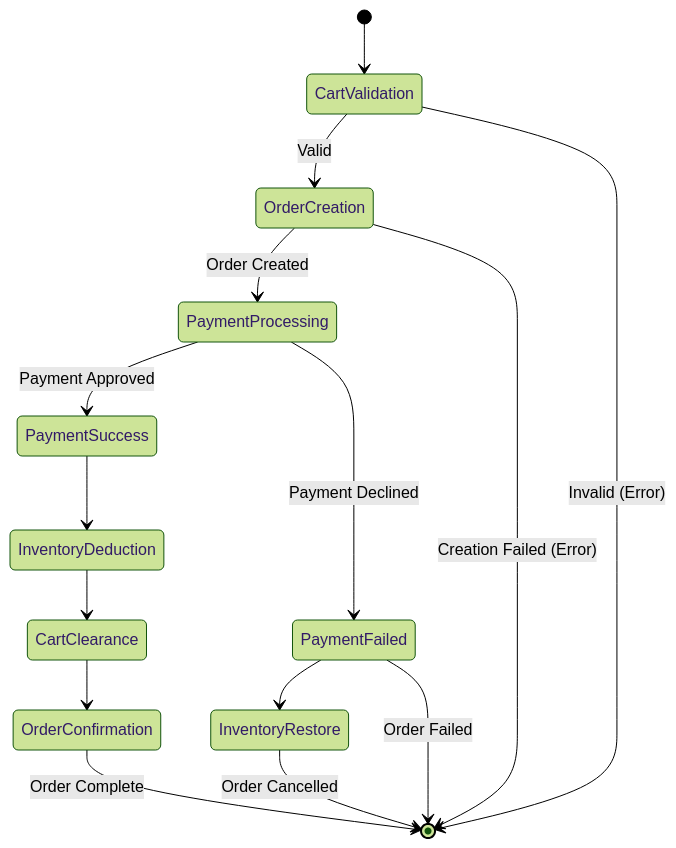
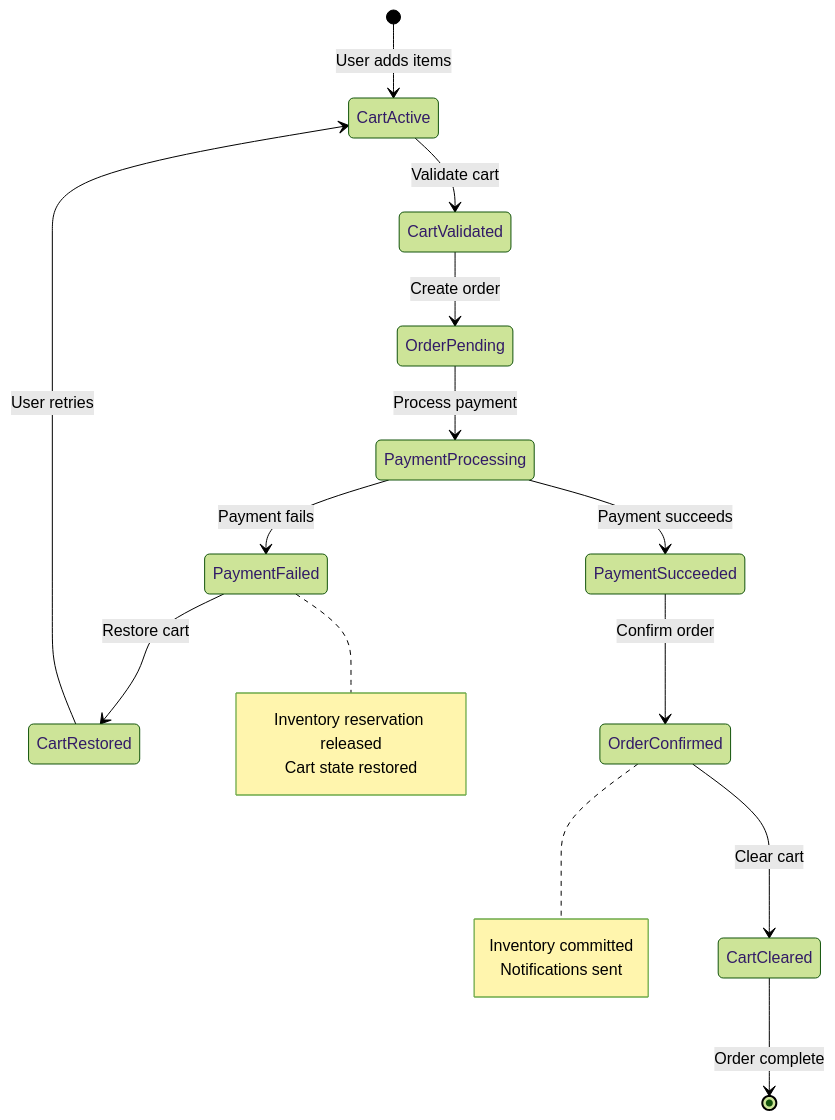
One commit to NavneetBN47/aava-ecom-demo changed the fifth of 5 diagrams in docs/LLD/lld.md. Above: the diagram before and after it, drawn with Mermaid (forest theme). The commit also changed other lines of this file, not shown here.

Commit message:
Auto commit: Scripts committed on 2026-02-23-21-30-29

````diff
--- a/docs/LLD/lld.md
+++ b/docs/LLD/lld.md
@@ -2228,22 +2154,27 @@
 ```mermaid
 stateDiagram-v2
-    [*] --> CartValidation
-    CartValidation --> OrderCreation: Valid
-    CartValidation --> [*]: Invalid (Error)
+    [*] --> CartActive: User adds items
+    CartActive --> CartValidated: Validate cart
+    CartValidated --> OrderPending: Create order
+    OrderPending --> PaymentProcessing: Process payment
     
-    OrderCreation --> PaymentProcessing: Order Created
-    OrderCreation --> [*]: Creation Failed (Error)
+    PaymentProcessing --> PaymentFailed: Payment fails
+    PaymentProcessing --> PaymentSucceeded: Payment succeeds
     
-    PaymentProcessing --> PaymentSuccess: Payment Approved
-    PaymentProcessing --> PaymentFailed: Payment Declined
+    PaymentFailed --> CartRestored: Restore cart
+    CartRestored --> CartActive: User retries
     
-    PaymentSuccess --> InventoryDeduction
-    PaymentFailed --> InventoryRestore
-    PaymentFailed --> [*]: Order Failed
+    PaymentSucceeded --> OrderConfirmed: Confirm order
+    OrderConfirmed --> CartCleared: Clear cart
+    CartCleared --> [*]: Order complete
     
-    InventoryDeduction --> CartClearance
-    CartClearance --> OrderConfirmation
-    OrderConfirmation --> [*]: Order Complete
+    note right of PaymentFailed
+        Inventory reservation released
+        Cart state restored
+    end note
     
-    InventoryRestore --> [*]: Order Cancelled
+    note right of OrderConfirmed
+        Inventory committed
+        Notifications sent
+    end note
 ```
````
